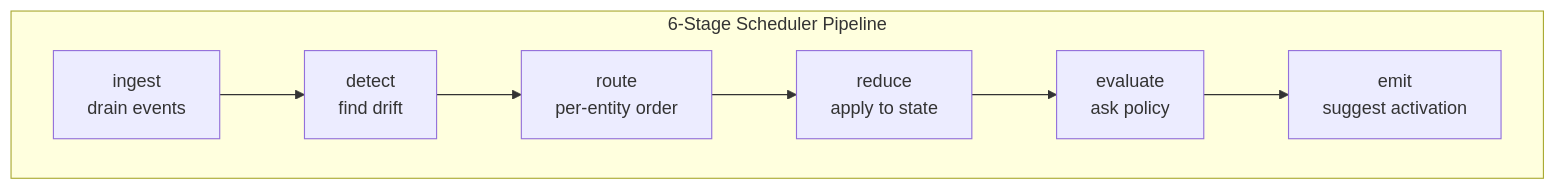
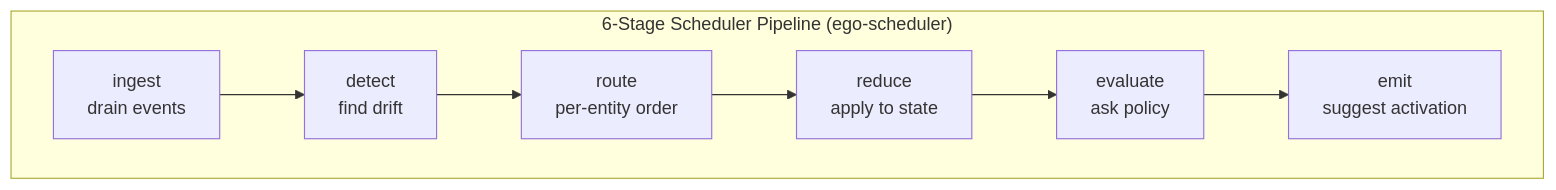
The tenth of 11 diagrams in COOKBOOK.md (pablogore/ego-rs), drawn with Mermaid before and after one commit. The commit also changed other lines of this file, not shown here.

````diff
--- a/COOKBOOK.md
+++ b/COOKBOOK.md
@@ -487,11 +754,11 @@
 ```mermaid
 flowchart LR
-    subgraph Pipeline["6-Stage Scheduler Pipeline"]
+    subgraph Pipeline["6-Stage Scheduler Pipeline (ego-scheduler)"]
         direction LR
         S1["ingest<br/>drain events"] --> S2["detect<br/>find drift"]
         S2 --> S3["route<br/>per-entity order"]
         S3 --> S4["reduce<br/>apply to state"]
         S4 --> S5["evaluate<br/>ask policy"]
         S5 --> S6["emit<br/>suggest activation"]
     end
 ```
````
